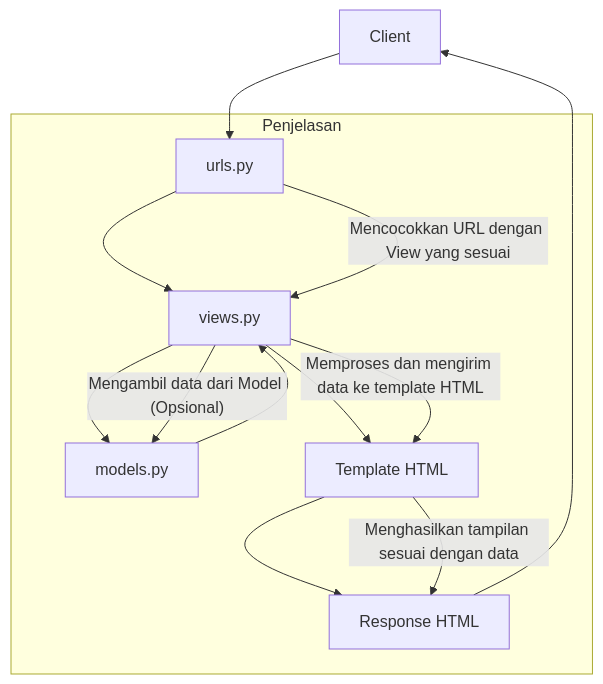
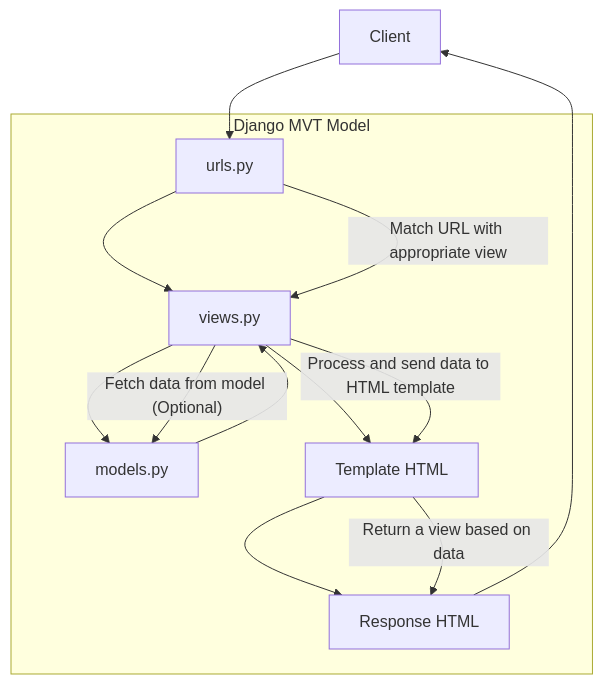
The diagram in README.md (rakabimar/bean-scape), drawn with Mermaid before and after one commit. The commit also changed other lines of this file, not shown here.

````diff
--- a/README.md
+++ b/README.md
@@ -28,17 +29,17 @@
 ```mermaid
 graph TD
     A[Client] --> B[urls.py]
     B --> C[views.py]
     C --> D[models.py]
     C --> E[Template HTML]
     D --> C
     E --> F[Response HTML]
     F --> A[Client]
     
-    subgraph Penjelasan
-      B[urls.py] --> |"Mencocokkan URL dengan View yang sesuai"| C
-      C[views.py] --> |"Mengambil data dari Model (Opsional)"| D
-      C[views.py] --> |"Memproses dan mengirim data ke template HTML"| E
-      E[Template HTML] --> |"Menghasilkan tampilan sesuai dengan data"| F
+    subgraph Django MVT Model
+      B[urls.py] --> |"Match URL with appropriate view"| C
+      C[views.py] --> |"Fetch data from model (Optional)"| D
+      C[views.py] --> |"Process and send data to HTML template"| E
+      E[Template HTML] --> |"Return a view based on data"| F
     end
 ```
````
